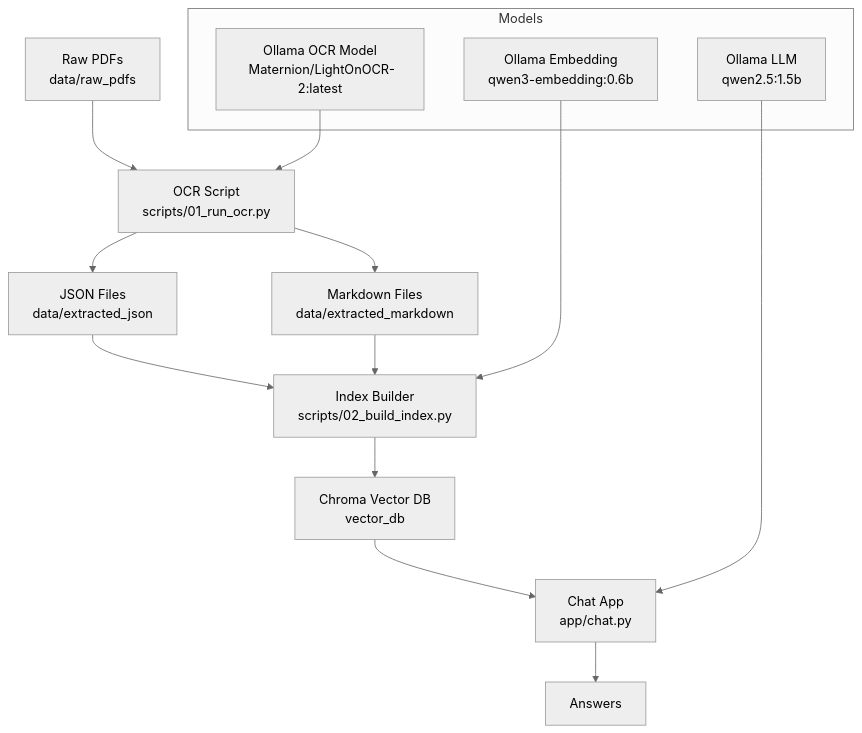
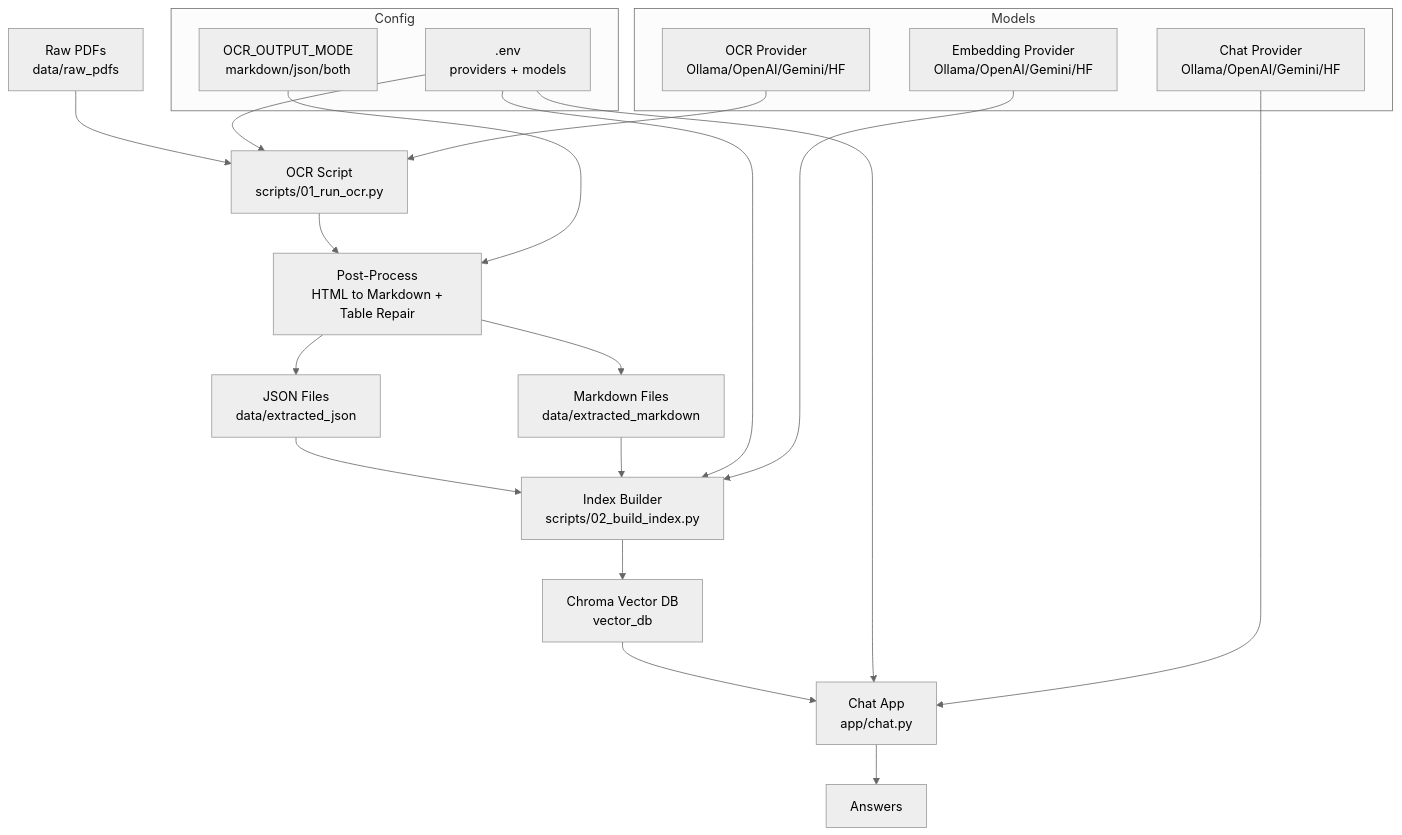
The diagram in README.md (Rohan1857/mortgage-rag), drawn with Mermaid (neutral theme) before and after one commit. The commit also changed other lines of this file and 5 other files, not shown here.

First line of the commit message:
Add .env.example configuration and enhance OCR provider support

````diff
--- a/README.md
+++ b/README.md
@@ -13,21 +16,31 @@
 ```mermaid
 flowchart TD
     A[Raw PDFs\n data/raw_pdfs] --> B[OCR Script\n scripts/01_run_ocr.py]
-    B --> C[Markdown Files\n data/extracted_markdown]
-    B --> C2[JSON Files\n data/extracted_json]
+    B --> P[Post-Process\n HTML to Markdown + Table Repair]
+    P --> C[Markdown Files\n data/extracted_markdown]
+    P --> C2[JSON Files\n data/extracted_json]
     C2 --> D[Index Builder\n scripts/02_build_index.py]
     C --> D
     D --> E[Chroma Vector DB\n vector_db]
     E --> F[Chat App\n app/chat.py]
     F --> G[Answers]
 
-    subgraph Models
-        M1[Ollama OCR Model\n Maternion/LightOnOCR-2:latest]
-        M2[Ollama Embedding\n qwen3-embedding:0.6b]
-        M3[Ollama LLM\n qwen2.5:1.5b]
+    subgraph Config
+        ENV[.env\n providers + models]
+        MODE[OCR_OUTPUT_MODE\n markdown/json/both]
     end
 
+    subgraph Models
+        M1[OCR Provider\n Ollama/OpenAI/Gemini/HF]
+        M2[Embedding Provider\n Ollama/OpenAI/Gemini/HF]
+        M3[Chat Provider\n Ollama/OpenAI/Gemini/HF]
+    end
+
+    ENV --> B
+    ENV --> D
+    ENV --> F
+    MODE --> P
     M1 --> B
     M2 --> D
     M3 --> F
 ```
````
